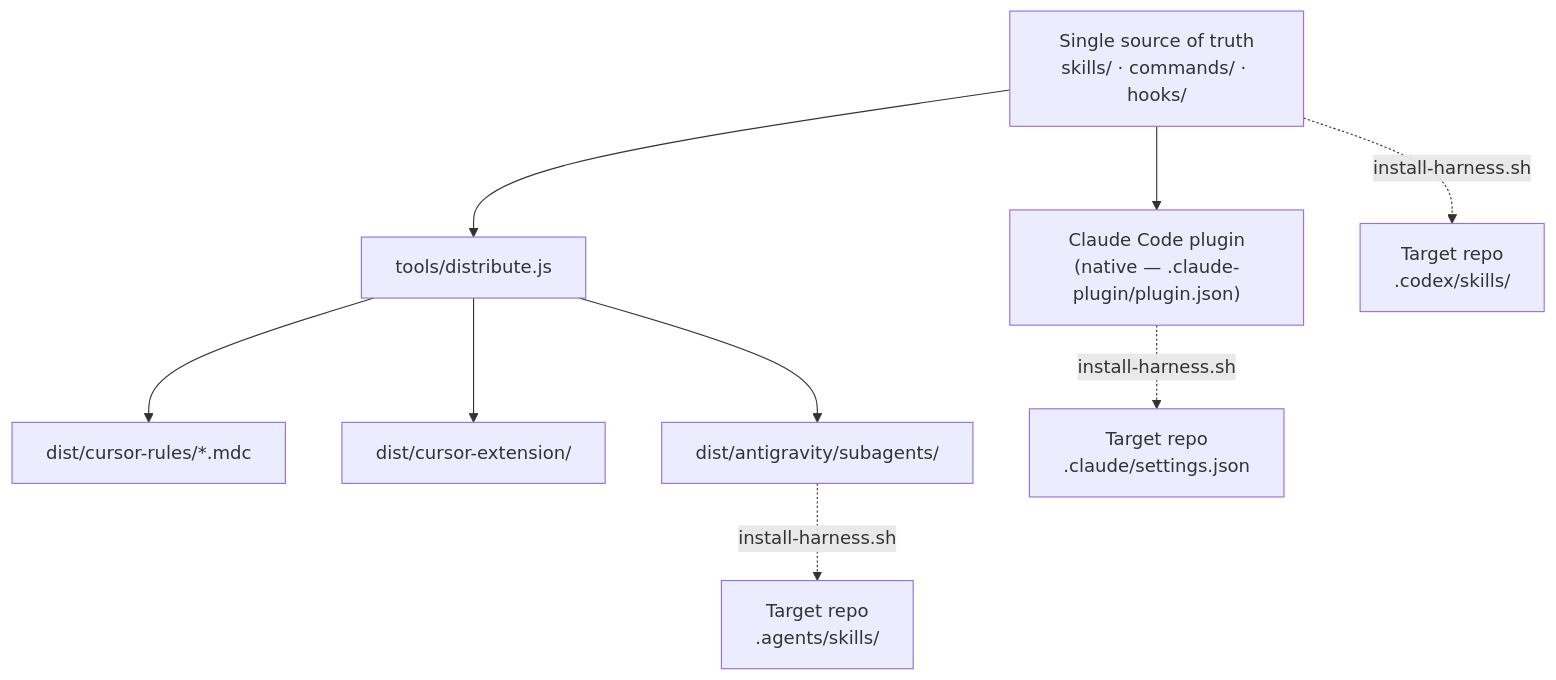
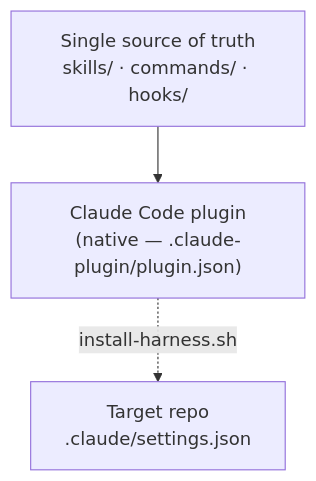
The third of 3 diagrams in docs/design/03-system-design.md (nguyenvanphituoc/shapeup-sdlc-plugin), drawn with Mermaid before and after one commit. The commit also changed other lines of this file and 15 other files, not shown here.

First line of the commit message:
refactor(delivery): remove cursor, antigravity and codex channels — claude code is the only target the hooks enforce

````diff
--- a/docs/design/03-system-design.md
+++ b/docs/design/03-system-design.md
@@ -336,12 +336,6 @@
 ```mermaid
 graph TD
     SRC["Single source of truth\nskills/ · commands/ · hooks/"]
     SRC --> CC["Claude Code plugin\n(native — .claude-plugin/plugin.json)"]
-    SRC --> DIST["tools/distribute.js"]
-    DIST --> CUR1["dist/cursor-rules/*.mdc"]
-    DIST --> CUR2["dist/cursor-extension/"]
-    DIST --> ANT["dist/antigravity/subagents/"]
     CC -.->|install-harness.sh| PROJ1["Target repo\n.claude/settings.json"]
-    ANT -.->|install-harness.sh| PROJ2["Target repo\n.agents/skills/"]
-    SRC -.->|install-harness.sh| PROJ3["Target repo\n.codex/skills/"]
 ```
````
